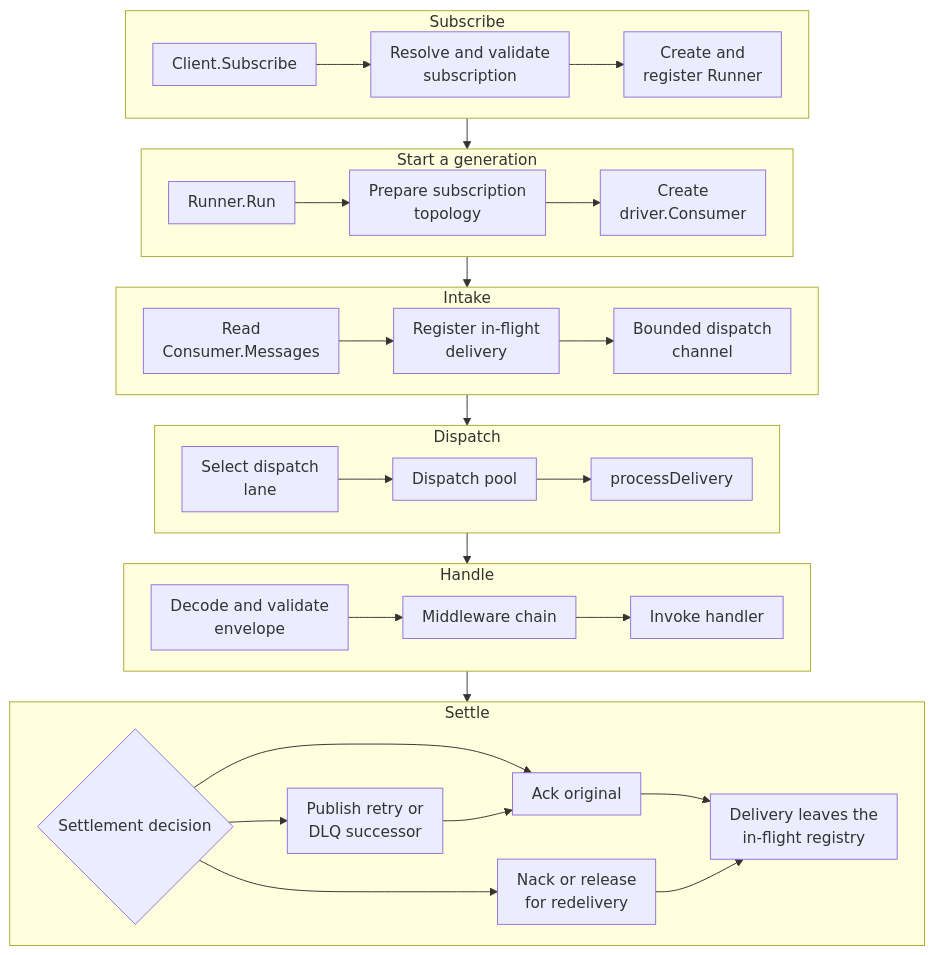
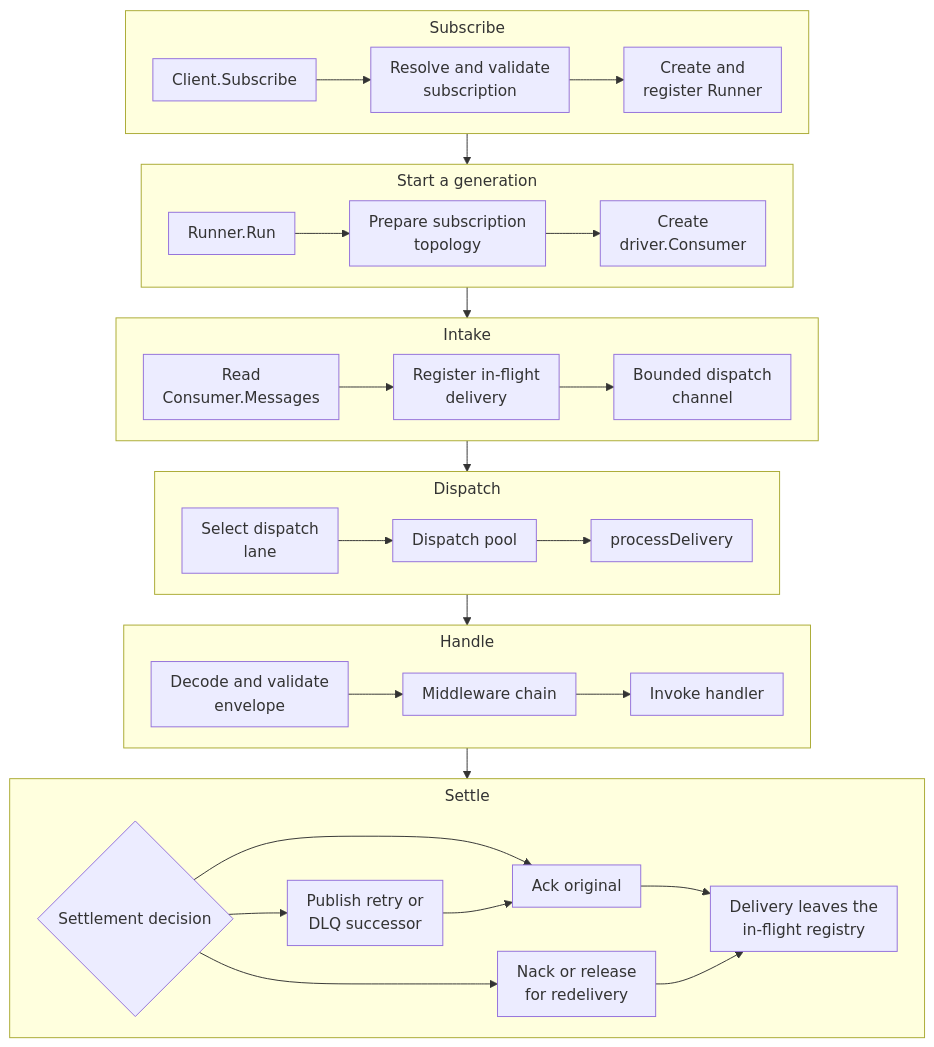
One commit to bktrung/edm_sdk changed the first of 3 diagrams in docs/development/consume-flow.md. Above: the diagram before and after it, drawn with Mermaid. The commit also changed other lines of this file and 242 other files, not shown here.

````diff
--- a/docs/development/consume-flow.md
+++ b/docs/development/consume-flow.md
@@ -14,33 +14,37 @@
 ```mermaid
-%%{init: {"flowchart": {"nodeSpacing": 24, "rankSpacing": 32, "padding": 10}}}%%
+%%{init: {"flowchart": {"nodeSpacing": 24, "rankSpacing": 32, "padding": 10, "subGraphTitleMargin": {"top": 6, "bottom": 10}}}}%%
 flowchart TB
     subgraph S1[Subscribe]
         direction LR
         SUB[Client.Subscribe] --> RES[Resolve and validate<br/>subscription] --> RUNNER[Create and<br/>register Runner]
     end
     subgraph S2[Start a generation]
         direction LR
         RUN[Runner.Run] --> TOPO[Prepare subscription<br/>topology] --> CONSUMER[Create<br/>driver.Consumer]
     end
     subgraph S3[Intake]
         direction LR
         FETCH[Read<br/>Consumer.Messages] --> REGISTER[Register in-flight<br/>delivery] --> CHANNEL[Bounded dispatch<br/>channel]
     end
     subgraph S4[Dispatch]
         direction LR
         SCHED[Select dispatch<br/>lane] --> POOL[Dispatch pool] --> PROCESS[processDelivery]
     end
     subgraph S5[Handle]
         direction LR
         DECODE[Decode and validate<br/>envelope] --> MIDDLEWARE[Middleware chain] --> HANDLER[Invoke handler]
     end
     subgraph S6[Settle]
         direction LR
         OUTCOME{Settlement decision} --> ACK[Ack original]
         OUTCOME --> SUCCESSOR[Publish retry or<br/>DLQ successor] --> ACK
         OUTCOME --> REQUEUE[Nack or release<br/>for redelivery]
         ACK --> LEFT[Delivery leaves the<br/>in-flight registry]
         REQUEUE --> LEFT
     end
-    S1 --> S2 --> S3 --> S4 --> S5 --> S6
+    RUNNER --> RUN
+    CONSUMER --> FETCH
+    CHANNEL --> SCHED
+    PROCESS --> DECODE
+    HANDLER --> OUTCOME
 ```
````
